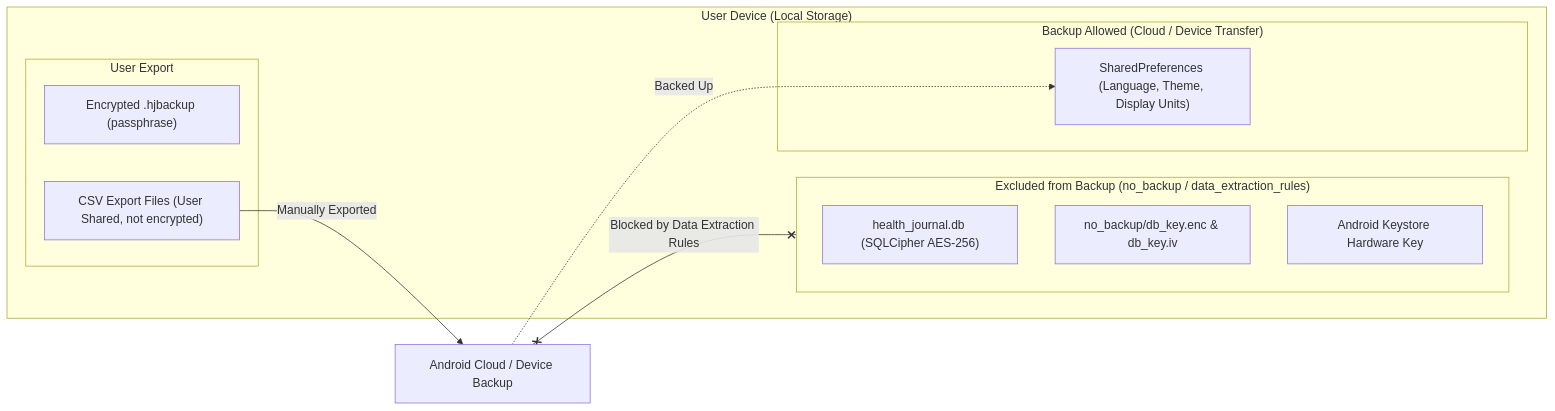
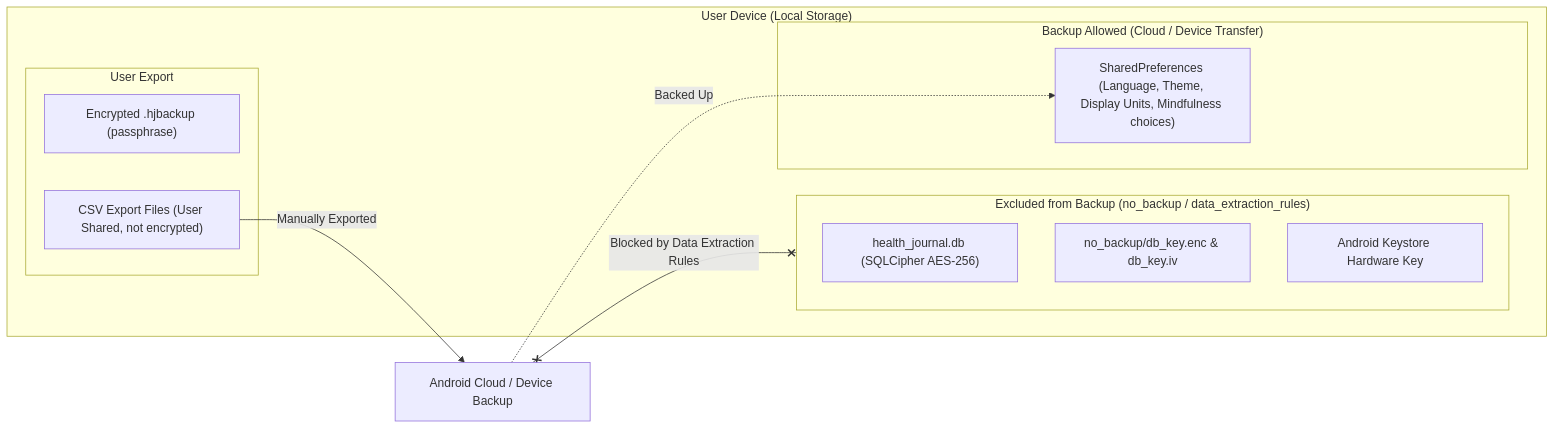
Before and after one commit to mannetje/health_journal: the fourth of 4 diagrams in docs/dev/privacy-and-security.md, drawn with Mermaid. The commit also changed other lines of this file and 8 other files, not shown here.

Commit message:
docs: Mindfulness pages rewritten for the built feature; C4, architecture, design, privacy and testing pages updated

````diff
--- a/docs/dev/privacy-and-security.md
+++ b/docs/dev/privacy-and-security.md
@@ -168,24 +173,24 @@
 ```mermaid
 flowchart LR
     subgraph Device["User Device (Local Storage)"]
         subgraph ProtectedFiles["Excluded from Backup (no_backup / data_extraction_rules)"]
             DB_ENC["health_journal.db (SQLCipher AES-256)"]
             KEY_ENC["no_backup/db_key.enc & db_key.iv"]
             KEYSTORE["Android Keystore Hardware Key"]
         end
 
         subgraph GeneralFiles["Backup Allowed (Cloud / Device Transfer)"]
-            PREFS["SharedPreferences (Language, Theme, Display Units)"]
+            PREFS["SharedPreferences (Language, Theme, Display Units, Mindfulness choices)"]
         end
 
         subgraph UserControlled["User Export"]
             HJ["Encrypted .hjbackup (passphrase)"]
             CSV["CSV Export Files (User Shared, not encrypted)"]
         end
     end
 
     BACKUP["Android Cloud / Device Backup"]
     BACKUP -.->|Backed Up| PREFS
     BACKUP x--x|Blocked by Data Extraction Rules| ProtectedFiles
     CSV -->|Manually Exported| BACKUP
 ```
````
